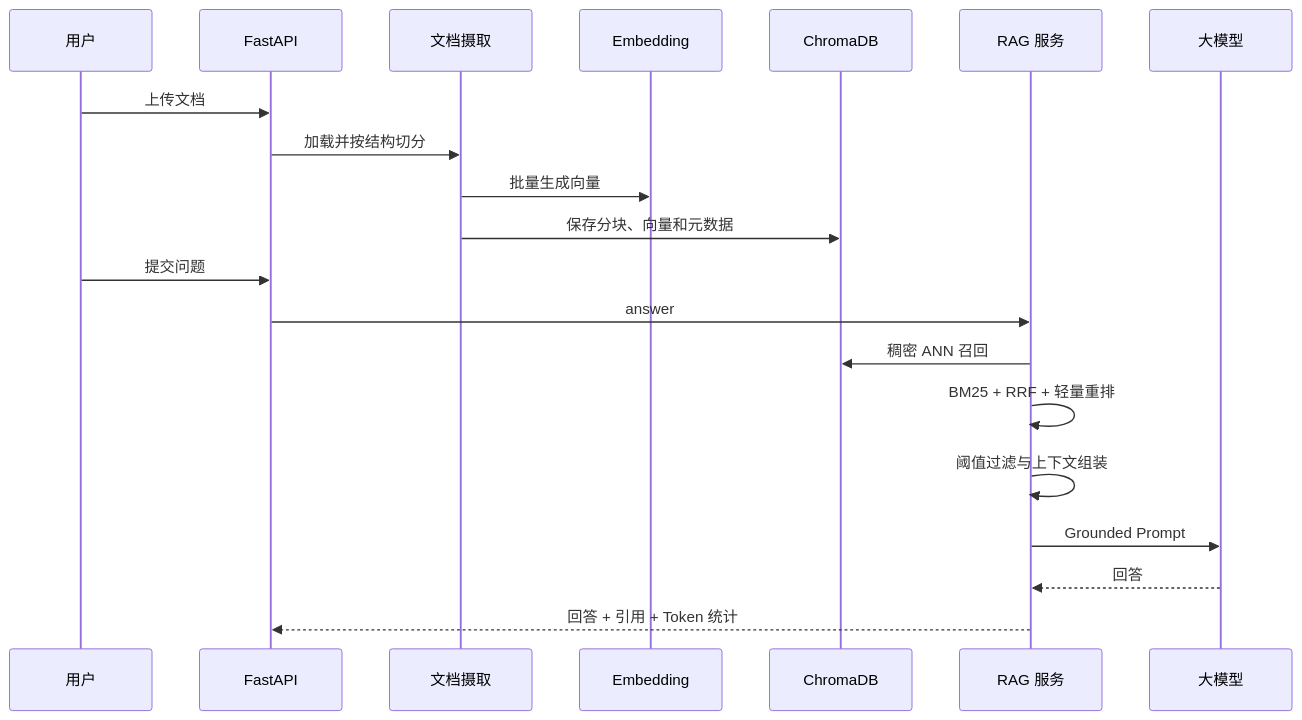
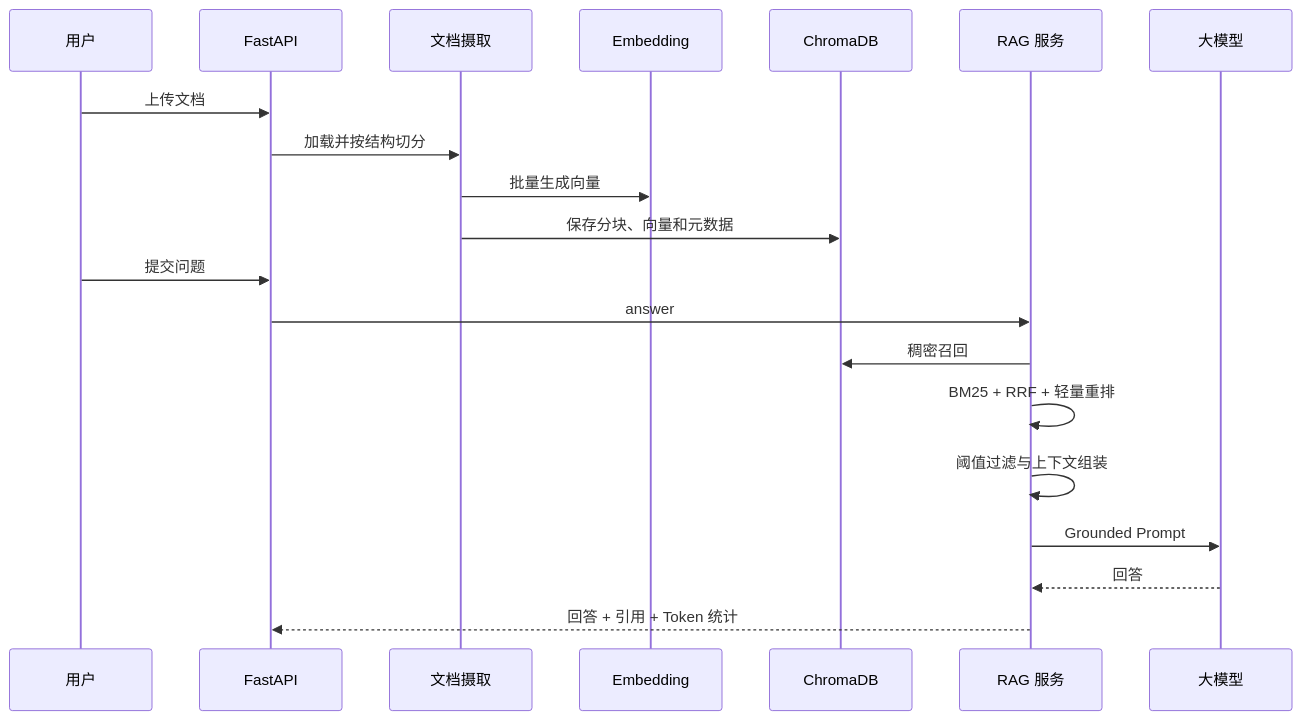
Before and after one commit to plutoczm/DataCopilot: the fourth of 7 diagrams in docs/ARCHITECTURE.md, drawn with Mermaid. The commit also changed other lines of this file, not shown here.

Commit message:
docs: align architecture with ai application refactor

````diff
--- a/docs/ARCHITECTURE.md
+++ b/docs/ARCHITECTURE.md
@@ -74,23 +90,23 @@
 ```mermaid
 sequenceDiagram
     participant U as 用户
     participant API as FastAPI
     participant Ingest as 文档摄取
     participant Embed as Embedding
     participant Store as ChromaDB
     participant RAG as RAG 服务
     participant LLM as 大模型
 
     U->>API: 上传文档
     API->>Ingest: 加载并按结构切分
     Ingest->>Embed: 批量生成向量
     Ingest->>Store: 保存分块、向量和元数据
     U->>API: 提交问题
     API->>RAG: answer
-    RAG->>Store: 稠密 ANN 召回
+    RAG->>Store: 稠密召回
     RAG->>RAG: BM25 + RRF + 轻量重排
     RAG->>RAG: 阈值过滤与上下文组装
     RAG->>LLM: Grounded Prompt
     LLM-->>RAG: 回答
     RAG-->>API: 回答 + 引用 + Token 统计
 ```
````
